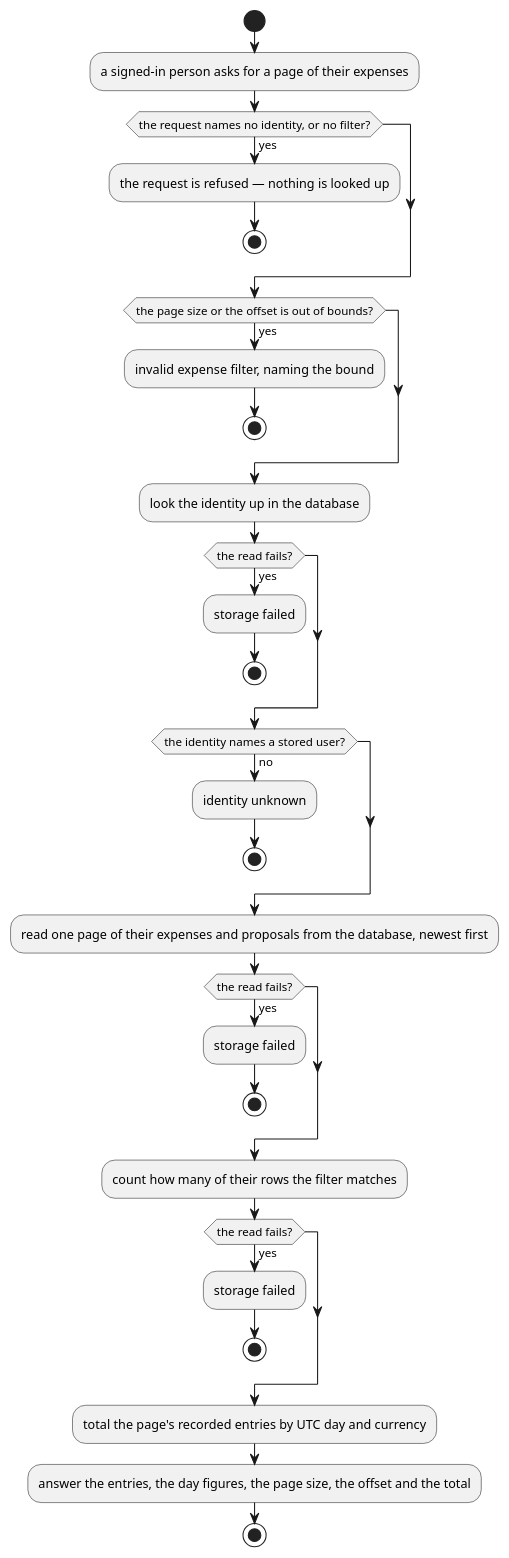
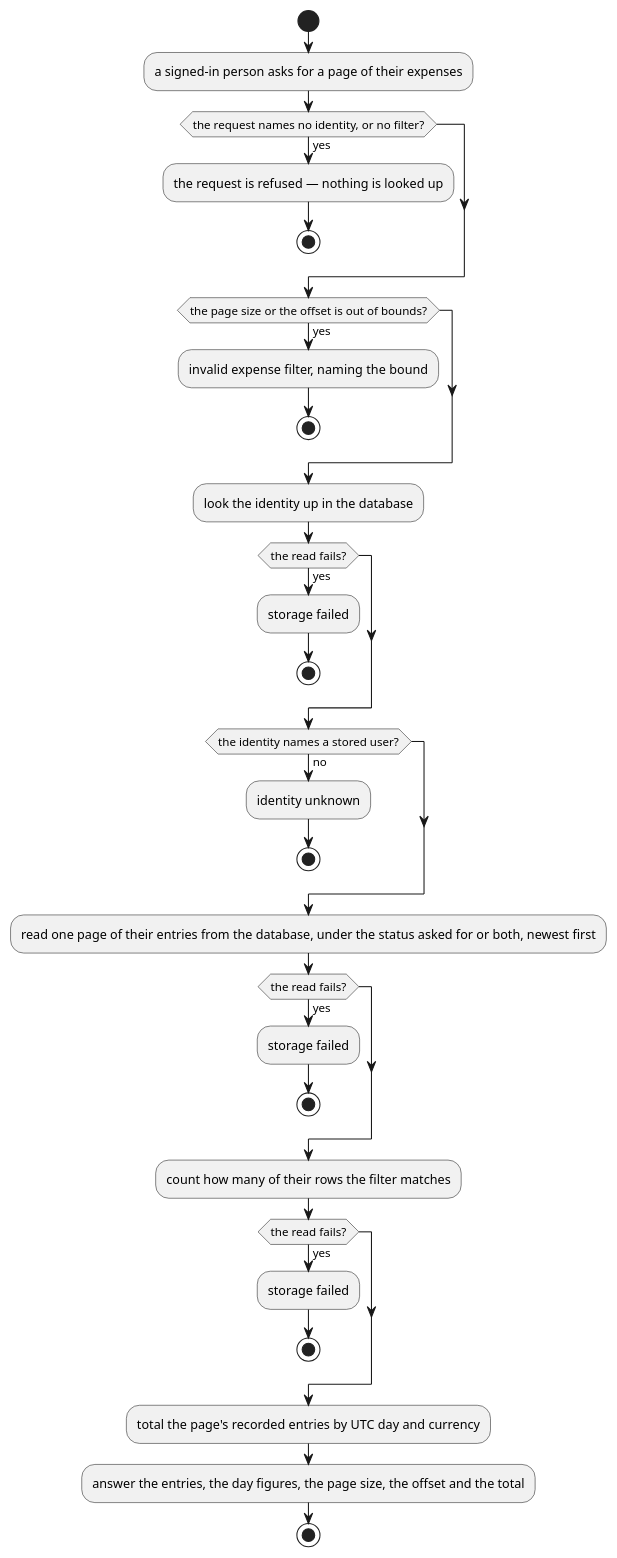
The second of 2 diagrams in ledger-service/docs/usecases/browse-expenses.md (ds-usova/finance-bot), drawn with PlantUML before and after one commit. The commit also changed other lines of this file and 27 other files, not shown here.

Commit message:
Documentation: one expense table, with a status

````diff
--- a/ledger-service/docs/usecases/browse-expenses.md
+++ b/ledger-service/docs/usecases/browse-expenses.md
@@ -101,36 +97,36 @@
 ```plantuml
 @startuml BrowseExpenses-Activity
 start
 :a signed-in person asks for a page of their expenses;
 if (the request names no identity, or no filter?) then (yes)
   :the request is refused — nothing is looked up;
   stop
 endif
 if (the page size or the offset is out of bounds?) then (yes)
   :invalid expense filter, naming the bound;
   stop
 endif
 :look the identity up in the database;
 if (the read fails?) then (yes)
   :storage failed;
   stop
 endif
 if (the identity names a stored user?) then (no)
   :identity unknown;
   stop
 endif
-:read one page of their expenses and proposals from the database, newest first;
+:read one page of their entries from the database, under the status asked for or both, newest first;
 if (the read fails?) then (yes)
   :storage failed;
   stop
 endif
 :count how many of their rows the filter matches;
 if (the read fails?) then (yes)
   :storage failed;
   stop
 endif
 :total the page's recorded entries by UTC day and currency;
 :answer the entries, the day figures, the page size, the offset and the total;
 stop
 @enduml
 ```
````
